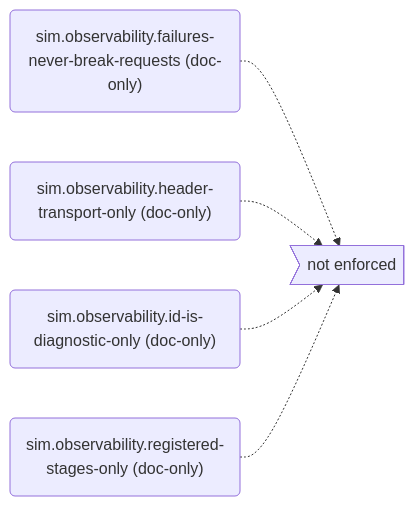
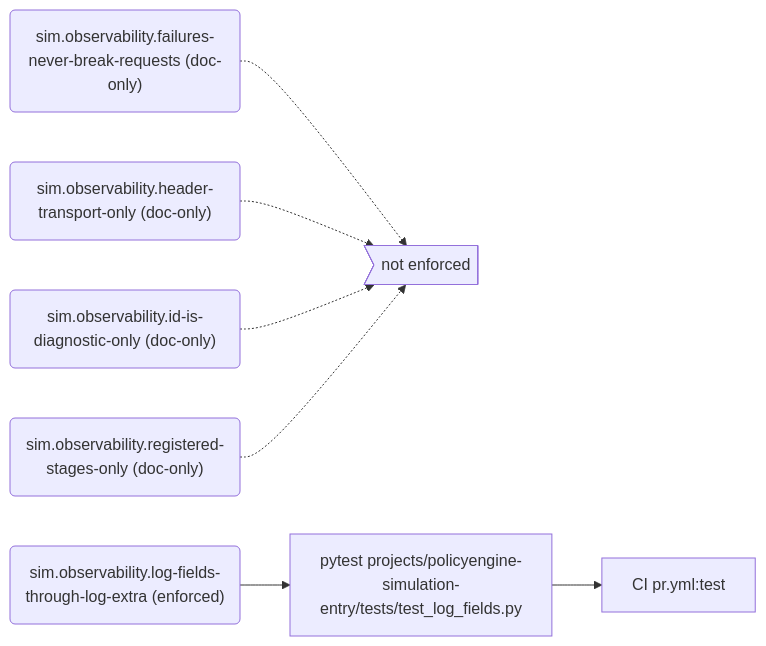
The sixth of 11 diagrams in docs/generated/rules.md (PolicyEngine/policyengine-sim-api), drawn with Mermaid before and after one commit. The commit also changed other lines of this file and 8 other files, not shown here.

First line of the commit message:
Emit the Entrypoint's INFO logs and register its log-fields rule, after review round 2

````diff
--- a/docs/generated/rules.md
+++ b/docs/generated/rules.md
@@ -311,12 +312,17 @@
 ```mermaid
 flowchart LR
   r_sim_observability_failures_never_break_requests("sim.observability.failures-never-break-requests (doc-only)")
   gap_unenforced>"not enforced"]
   r_sim_observability_header_transport_only("sim.observability.header-transport-only (doc-only)")
   r_sim_observability_id_is_diagnostic_only("sim.observability.id-is-diagnostic-only (doc-only)")
+  r_sim_observability_log_fields_through_log_extra("sim.observability.log-fields-through-log-extra (enforced)")
+  e_pytest_projects_policyengine_simulation_entry_tests_test_log_fields_py["pytest projects/policyengine-simulation-entry/tests/test_log_fields.py"]
+  j_CI_pr_yml_test["CI pr.yml:test"]
   r_sim_observability_registered_stages_only("sim.observability.registered-stages-only (doc-only)")
   r_sim_observability_failures_never_break_requests -.-> gap_unenforced
   r_sim_observability_header_transport_only -.-> gap_unenforced
   r_sim_observability_id_is_diagnostic_only -.-> gap_unenforced
+  r_sim_observability_log_fields_through_log_extra --> e_pytest_projects_policyengine_simulation_entry_tests_test_log_fields_py
+  e_pytest_projects_policyengine_simulation_entry_tests_test_log_fields_py --> j_CI_pr_yml_test
   r_sim_observability_registered_stages_only -.-> gap_unenforced
 ```
````
